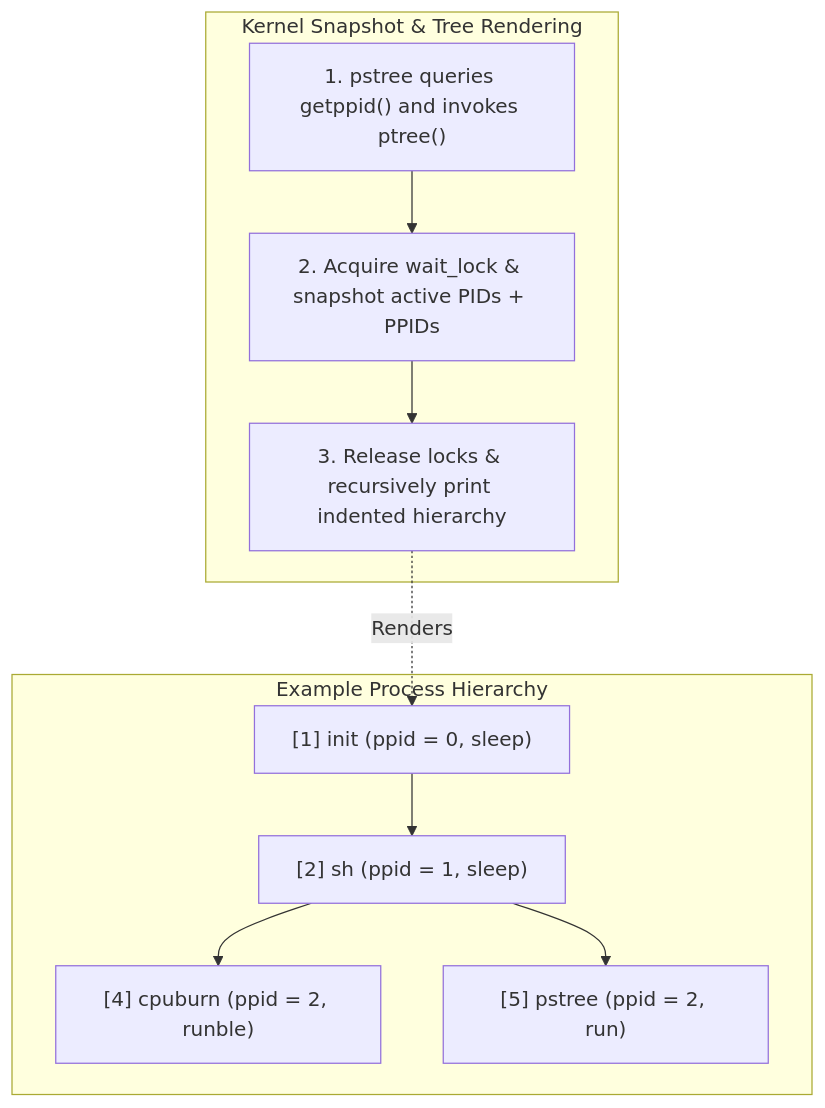
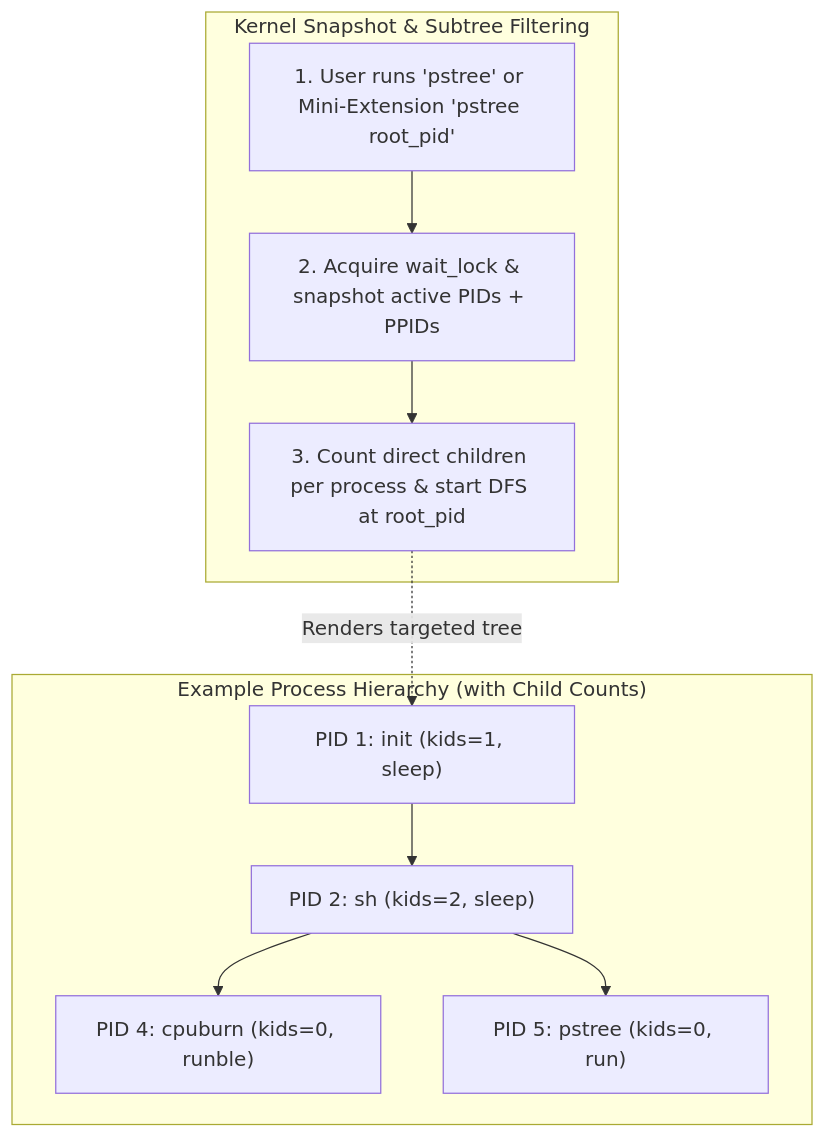
One commit to asbahkhan67-ctrl/xv6-riscv changed the ninth of 21 diagrams in README.md. Above: the diagram before and after it, drawn with Mermaid. The commit also changed other lines of this file, not shown here.

````diff
--- a/README.md
+++ b/README.md
@@ -436,15 +486,15 @@
 ```mermaid
 flowchart TD
-    subgraph Flow["Kernel Snapshot & Tree Rendering"]
-        A["1. pstree queries getppid() and invokes ptree()"] --> B["2. Acquire wait_lock & snapshot active PIDs + PPIDs"]
-        B --> C["3. Release locks & recursively print indented hierarchy"]
+    subgraph Flow["Kernel Snapshot & Subtree Filtering"]
+        A["1. User runs 'pstree' or Mini-Extension 'pstree root_pid'"] --> B["2. Acquire wait_lock & snapshot active PIDs + PPIDs"]
+        B --> C["3. Count direct children per process & start DFS at root_pid"]
     end
 
-    subgraph Tree["Example Process Hierarchy"]
-        P1["[1] init (ppid = 0, sleep)"] --> P2["[2] sh (ppid = 1, sleep)"]
-        P2 --> P4["[4] cpuburn (ppid = 2, runble)"]
-        P2 --> P5["[5] pstree (ppid = 2, run)"]
+    subgraph Tree["Example Process Hierarchy (with Child Counts)"]
+        P1["PID 1: init (kids=1, sleep)"] --> P2["PID 2: sh (kids=2, sleep)"]
+        P2 --> P4["PID 4: cpuburn (kids=0, runble)"]
+        P2 --> P5["PID 5: pstree (kids=0, run)"]
     end
 
-    C -. "Renders" .-> P1
+    C -. "Renders targeted tree" .-> P1
 ```
````
